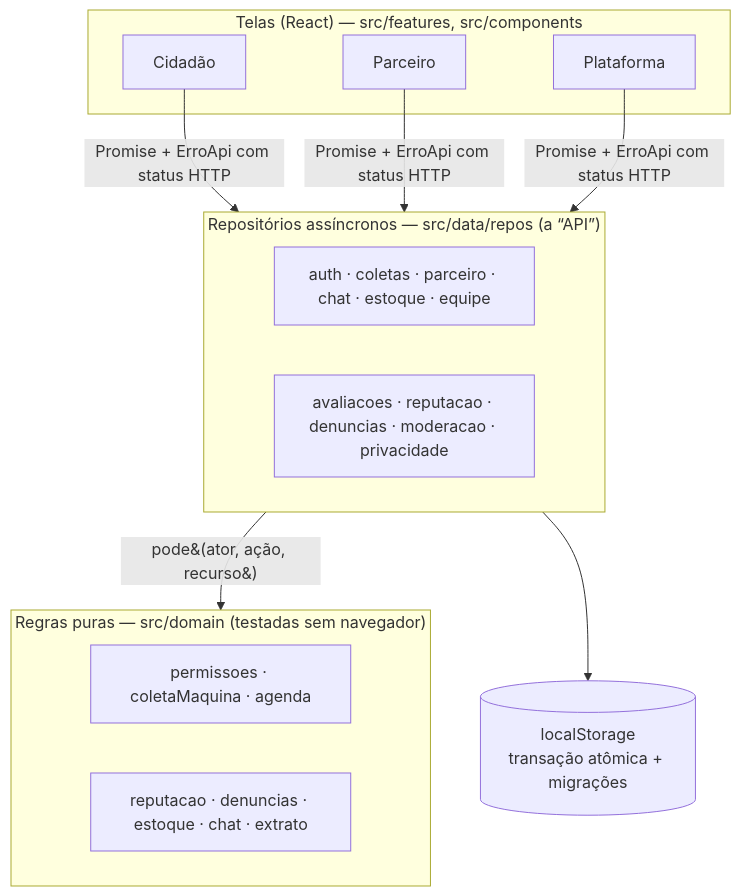
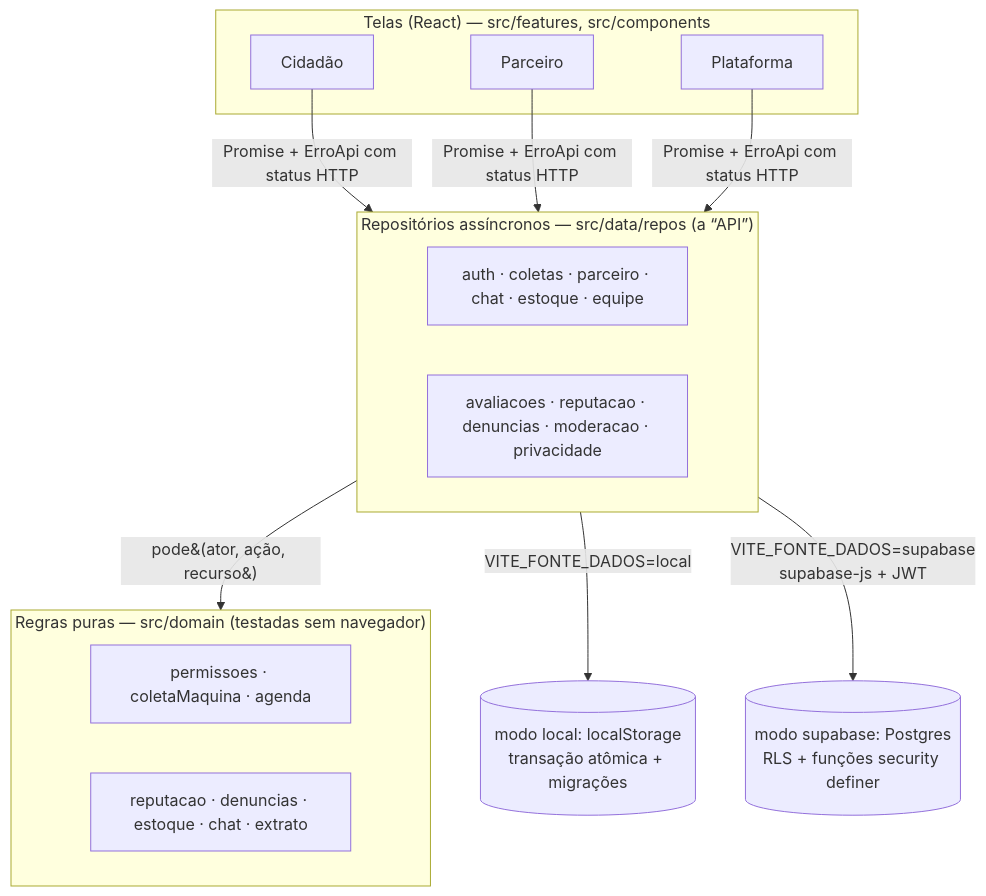
Before and after one commit to joaoplgaspar/ecolink: the first of 4 diagrams in docs/arquitetura.md, drawn with Mermaid. The commit also changed other lines of this file and 7 other files, not shown here.

First line of the commit message:
docs: guia do Supabase, ADR 0008 e modos de dados no README e na arquitetura

````diff
--- a/docs/arquitetura.md
+++ b/docs/arquitetura.md
@@ -7,21 +7,23 @@
 ```mermaid
 flowchart TB
   subgraph Telas["Telas (React) — src/features, src/components"]
     C[Cidadão]
     P[Parceiro]
     A[Plataforma]
   end
   subgraph Repos["Repositórios assíncronos — src/data/repos (a “API”)"]
     R1[auth · coletas · parceiro · chat · estoque · equipe]
     R2[avaliacoes · reputacao · denuncias · moderacao · privacidade]
   end
   subgraph Dominio["Regras puras — src/domain (testadas sem navegador)"]
     D1[permissoes · coletaMaquina · agenda]
     D2[reputacao · denuncias · estoque · chat · extrato]
   end
-  Banco[(localStorage<br/>transação atômica + migrações)]
+  Banco[(modo local: localStorage<br/>transação atômica + migrações)]
+  Supa[(modo supabase: Postgres<br/>RLS + funções security definer)]
 
   C & P & A -->|Promise + ErroApi com status HTTP| Repos
   Repos -->|pode&#40;ator, ação, recurso&#41;| Dominio
-  Repos --> Banco
+  Repos -->|VITE_FONTE_DADOS=local| Banco
+  Repos -->|VITE_FONTE_DADOS=supabase<br/>supabase-js + JWT| Supa
 ```
````
